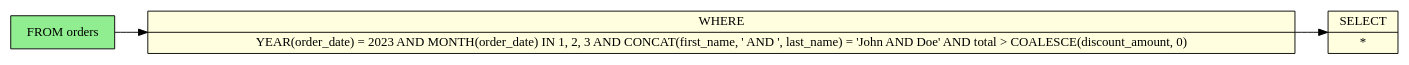
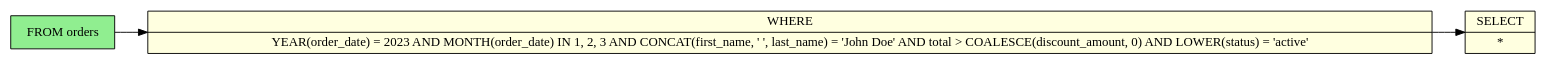
Before and after one commit to rot1024/sqloflow: the diagram in examples/function_where.dot, drawn with Graphviz. The commit also changed 23 other files, not shown here.

```diff
--- a/examples/function_where.dot
+++ b/examples/function_where.dot
@@ -1,17 +1,17 @@
 digraph schema_flow {
   rankdir=LR;
   node [shape=record];
 
   // Source tables
   node_0 [label="FROM orders", style=filled, fillcolor=lightgreen];
 
   // Operations
-  node_1 [label="WHERE|YEAR(order_date) = 2023 AND MONTH(order_date) IN 1, 2, 3 AND CONCAT(first_name, ' AND ', last_name) = 'John AND Doe' AND total \> COALESCE(discount_amount, 0)", style=filled, fillcolor=lightyellow];
+  node_1 [label="WHERE|YEAR(order_date) = 2023 AND MONTH(order_date) IN 1, 2, 3 AND CONCAT(first_name, ' ', last_name) = 'John Doe' AND total \> COALESCE(discount_amount, 0) AND LOWER(status) = 'active'", style=filled, fillcolor=lightyellow];
   node_2 [label="SELECT|*", style=filled, fillcolor=lightyellow];
 
   // Data flow edges
 
   // JOIN operations with table info
   node_0 -> node_1;
   node_1 -> node_2;
 }
```
